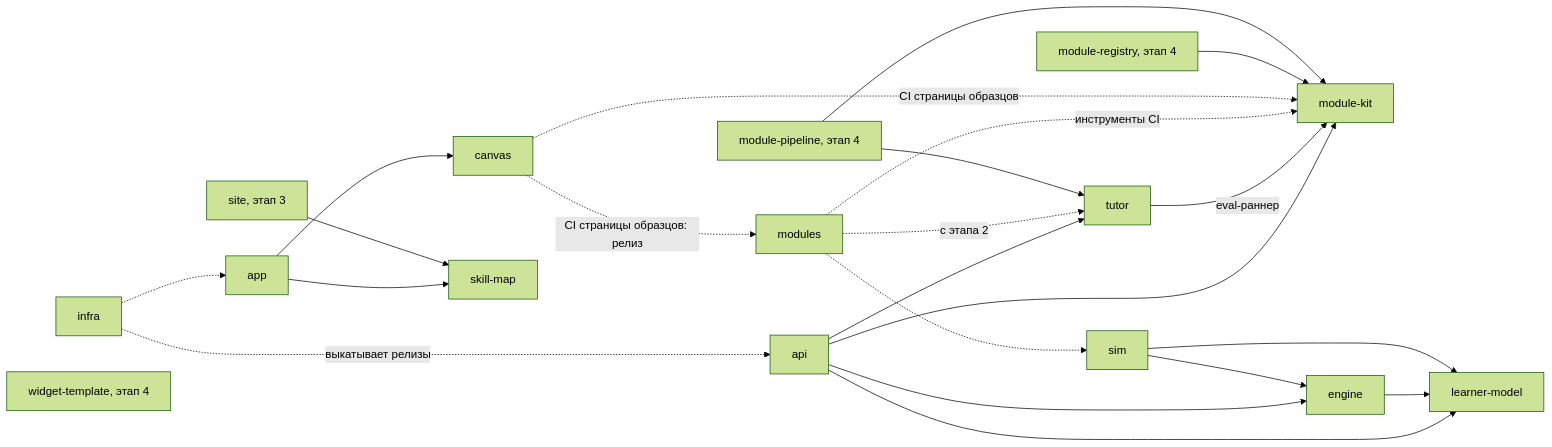
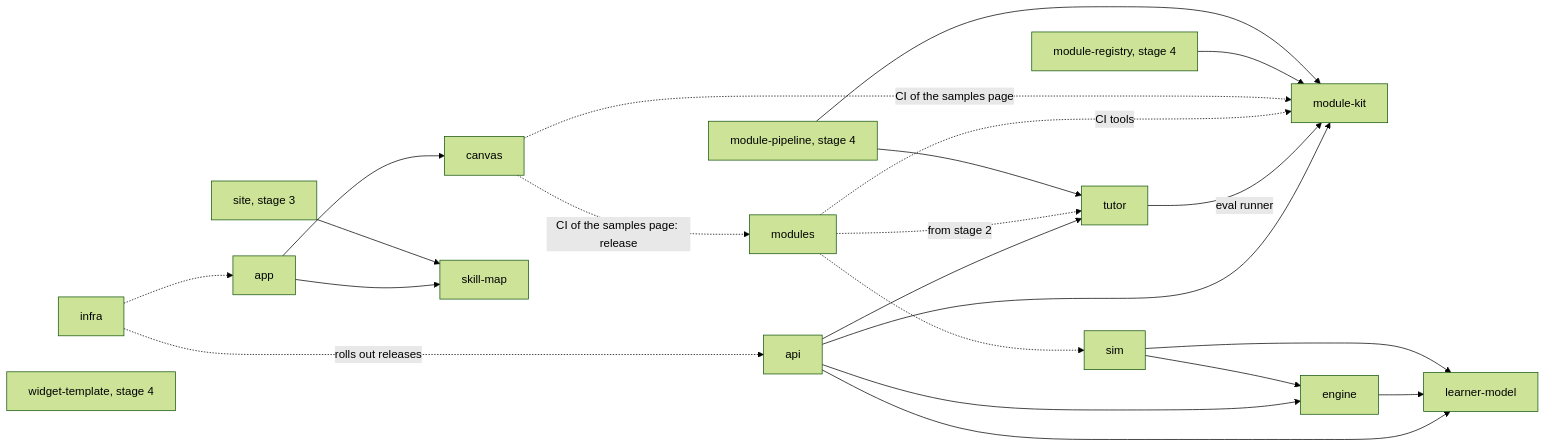
Before and after one commit to altnovatrail/spec: the diagram in docs/repositories.md, drawn with Mermaid (forest theme). The commit also changed other lines of this file and 7 other files, not shown here.

Commit message:
Translate architecture, repositories, sources and measurements into English (T137)

````diff
--- a/docs/repositories.md
+++ b/docs/repositories.md
@@ -121,25 +121,25 @@
 ```mermaid
 flowchart LR
     api["api"] --> tutor["tutor"]
     api --> kit["module-kit"]
     api --> eng["engine"]
     api --> lm["learner-model"]
     eng --> lm
     sim["sim"] --> eng
     sim --> lm
-    tutor -->|"eval-раннер"| kit
+    tutor -->|"eval runner"| kit
     app["app"] --> canvas["canvas"]
     app --> smap["skill-map"]
-    mods["modules"] -.->|"инструменты CI"| kit
+    mods["modules"] -.->|"CI tools"| kit
     mods -.-> sim
-    mods -.->|"с этапа 2"| tutor
-    canvas -.->|"CI страницы образцов: релиз"| mods
-    canvas -.->|"CI страницы образцов"| kit
-    infra["infra"] -.->|"выкатывает релизы"| api
+    mods -.->|"from stage 2"| tutor
+    canvas -.->|"CI of the samples page: release"| mods
+    canvas -.->|"CI of the samples page"| kit
+    infra["infra"] -.->|"rolls out releases"| api
     infra -.-> app
-    reg["module-registry, этап 4"] --> kit
-    pipe["module-pipeline, этап 4"] --> kit
+    reg["module-registry, stage 4"] --> kit
+    pipe["module-pipeline, stage 4"] --> kit
     pipe --> tutor
-    site["site, этап 3"] --> smap
-    wt["widget-template, этап 4"]
+    site["site, stage 3"] --> smap
+    wt["widget-template, stage 4"]
 ```
````
